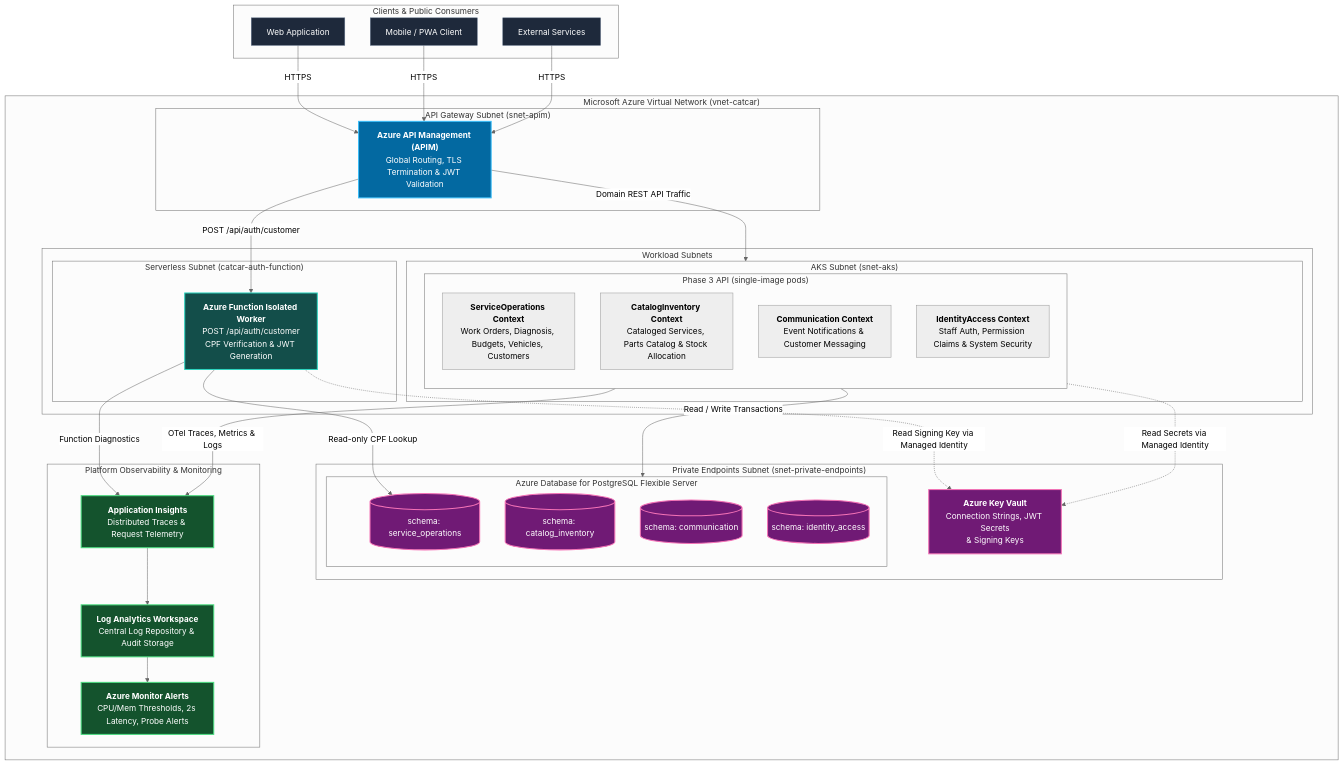
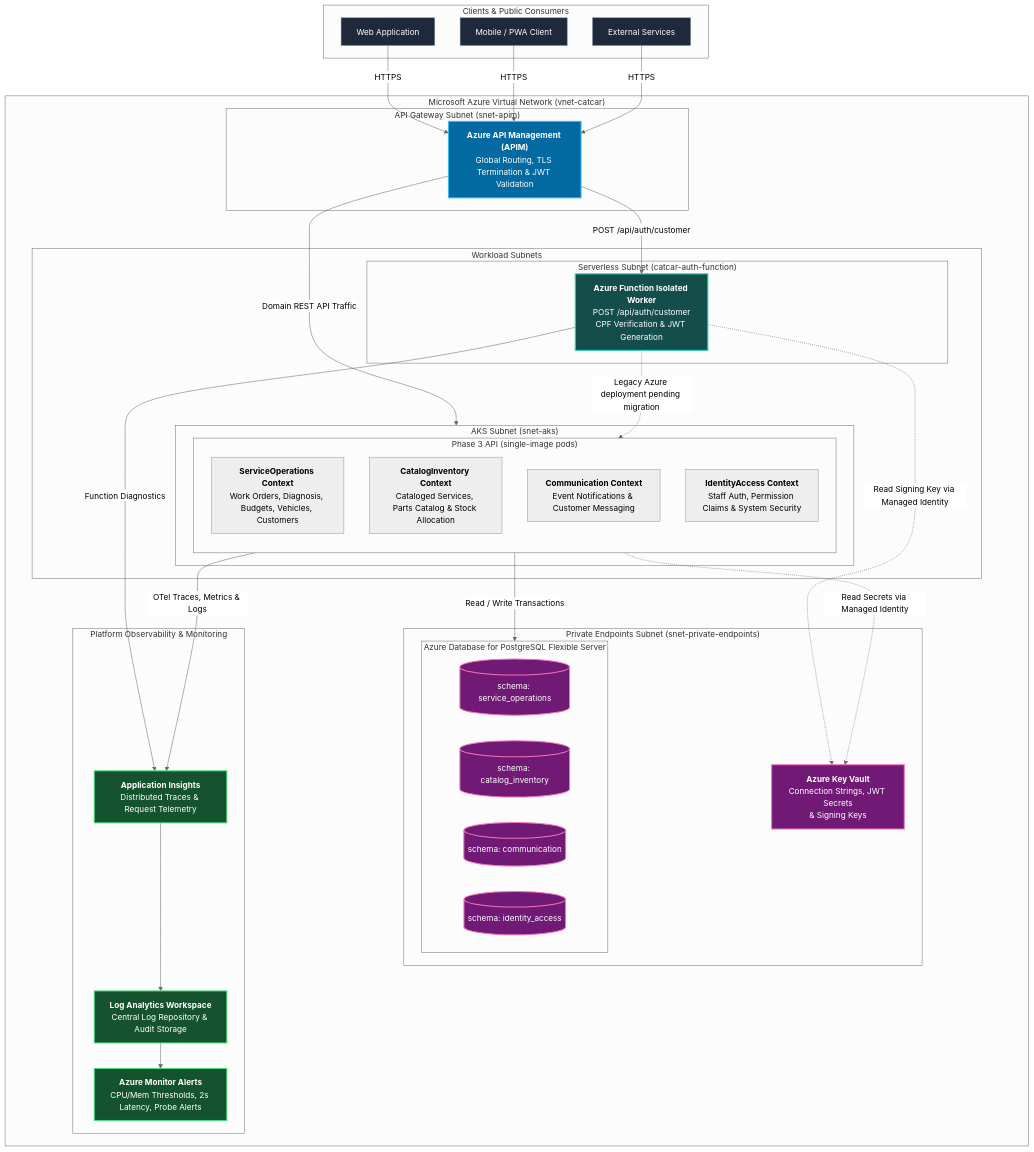
Before and after one commit to RiseOn-CatCar/catcar-platform: the third of 3 diagrams in README.md, drawn with Mermaid (neutral theme). The commit also changed other lines of this file and 8 other files, not shown here.

````diff
--- a/README.md
+++ b/README.md
@@ -153,71 +153,71 @@
 ```mermaid
 flowchart TB
     classDef client fill:#1e293b,stroke:#64748b,stroke-width:1px,color:#fff;
     classDef apim fill:#0369a1,stroke:#38bdf8,stroke-width:2px,color:#fff;
     classDef k8s fill:#1e1b4b,stroke:#818cf8,stroke-width:2px,color:#fff;
     classDef fn fill:#134e4a,stroke:#2dd4bf,stroke-width:2px,color:#fff;
     classDef data fill:#701a75,stroke:#f472b6,stroke-width:2px,color:#fff;
     classDef obs fill:#14532d,stroke:#4ade80,stroke-width:2px,color:#fff;
 
     subgraph Clients["Clients & Public Consumers"]
         Browser["Web Application"]:::client
         Mobile["Mobile / PWA Client"]:::client
         External["External Services"]:::client
     end
 
     subgraph Azure["Microsoft Azure Virtual Network (vnet-catcar)"]
         subgraph GatewaySubnet["API Gateway Subnet (snet-apim)"]
             APIM["<b>Azure API Management (APIM)</b><br/>Global Routing, TLS Termination & JWT Validation"]:::apim
         end
 
         subgraph ComputeSubnet["Workload Subnets"]
             subgraph AKSSubnet["AKS Subnet (snet-aks)"]
                 subgraph AppPod["Phase 3 API (single-image pods)"]
                     direction TB
                     BC_SO["<b>ServiceOperations Context</b><br/>Work Orders, Diagnosis, Budgets, Vehicles, Customers"]
                     BC_CI["<b>CatalogInventory Context</b><br/>Cataloged Services, Parts Catalog & Stock Allocation"]
                     BC_CO["<b>Communication Context</b><br/>Event Notifications & Customer Messaging"]
                     BC_IA["<b>IdentityAccess Context</b><br/>Staff Auth, Permission Claims & System Security"]
                 end
             end
 
             subgraph FunctionSubnet["Serverless Subnet (catcar-auth-function)"]
                 AuthFn["<b>Azure Function Isolated Worker</b><br/>POST /api/auth/customer<br/>CPF Verification & JWT Generation"]:::fn
             end
         end
 
         subgraph PrivateDataSubnet["Private Endpoints Subnet (snet-private-endpoints)"]
             KV["<b>Azure Key Vault</b><br/>Connection Strings, JWT Secrets<br/>& Signing Keys"]:::data
             
             subgraph PostgresServer["Azure Database for PostgreSQL Flexible Server"]
                 SchemaSO[("schema: service_operations")]:::data
                 SchemaCI[("schema: catalog_inventory")]:::data
                 SchemaCO[("schema: communication")]:::data
                 SchemaIA[("schema: identity_access")]:::data
             end
         end
 
         subgraph ObservabilityLayer["Platform Observability & Monitoring"]
             AppInsights["<b>Application Insights</b><br/>Distributed Traces & Request Telemetry"]:::obs
             LogAnalytics["<b>Log Analytics Workspace</b><br/>Central Log Repository & Audit Storage"]:::obs
             Alerts["<b>Azure Monitor Alerts</b><br/>CPU/Mem Thresholds, 2s Latency, Probe Alerts"]:::obs
         end
     end
 
     Browser -->|HTTPS| APIM
     Mobile -->|HTTPS| APIM
     External -->|HTTPS| APIM
 
     APIM -->|POST /api/auth/customer| AuthFn
     APIM -->|Domain REST API Traffic| AKSSubnet
 
     AppPod -->|Read / Write Transactions| PostgresServer
-    AuthFn -->|Read-only CPF Lookup| SchemaSO
+    AuthFn -.->|Legacy Azure deployment pending migration| AppPod
     AppPod -.->|Read Secrets via Managed Identity| KV
     AuthFn -.->|Read Signing Key via Managed Identity| KV
 
     AppPod -->|OTel Traces, Metrics & Logs| AppInsights
     AuthFn -->|Function Diagnostics| AppInsights
     AppInsights --> LogAnalytics
     LogAnalytics --> Alerts
 ```
````
